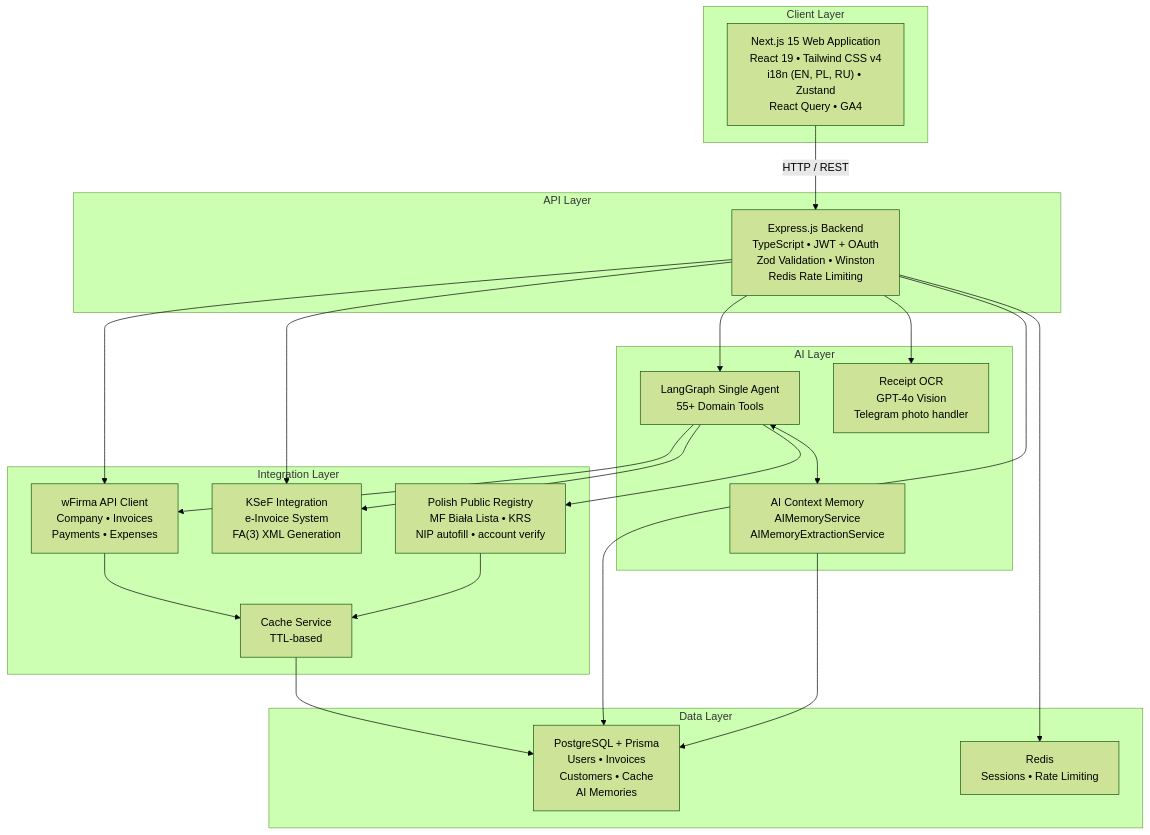
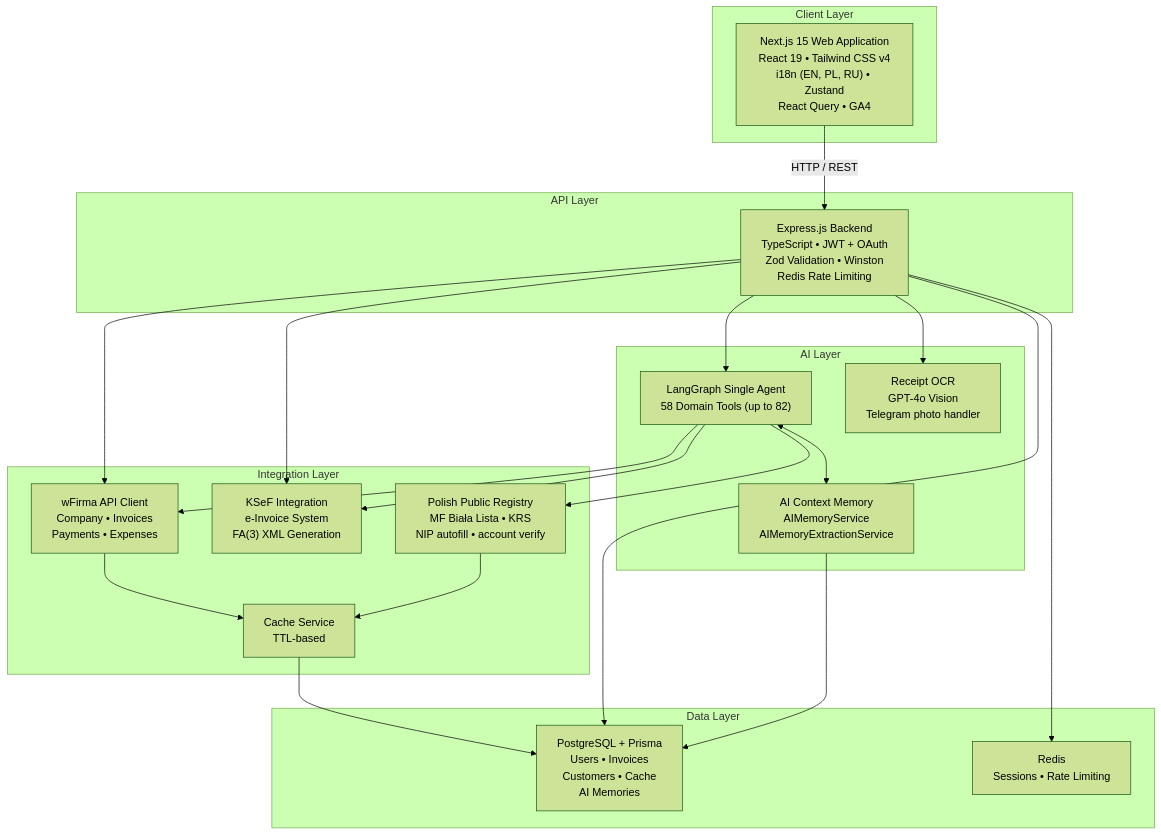
Before and after one commit to JealousyM/accounting-ai-agent: the first of 3 diagrams in docs/ARCHITECTURE.md, drawn with Mermaid (forest theme). The commit also changed other lines of this file and 8 other files, not shown here.

````diff
--- a/docs/ARCHITECTURE.md
+++ b/docs/ARCHITECTURE.md
@@ -7,44 +7,44 @@
 ```mermaid
 graph TD
     subgraph CLIENT["Client Layer"]
         WEB["Next.js 15 Web Application<br/>React 19 &bull; Tailwind CSS v4<br/>i18n (EN, PL, RU) &bull; Zustand<br/>React Query &bull; GA4"]
     end
 
     subgraph API["API Layer"]
         EXPRESS["Express.js Backend<br/>TypeScript &bull; JWT + OAuth<br/>Zod Validation &bull; Winston<br/>Redis Rate Limiting"]
     end
 
     subgraph AI["AI Layer"]
-        LANGGRAPH["LangGraph Single Agent<br/>55+ Domain Tools"]
+        LANGGRAPH["LangGraph Single Agent<br/>58 Domain Tools (up to 82)"]
         MEMORY["AI Context Memory<br/>AIMemoryService<br/>AIMemoryExtractionService"]
         OCR["Receipt OCR<br/>GPT-4o Vision<br/>Telegram photo handler"]
         LANGGRAPH <--> MEMORY
     end
 
     subgraph INTEGRATION["Integration Layer"]
         WFIRMA["wFirma API Client<br/>Company &bull; Invoices<br/>Payments &bull; Expenses"]
         KSEF["KSeF Integration<br/>e-Invoice System<br/>FA(3) XML Generation"]
         REGISTRY["Polish Public Registry<br/>MF Biała Lista &bull; KRS<br/>NIP autofill &bull; account verify"]
         CACHE["Cache Service<br/>TTL-based"]
     end
 
     subgraph DATA["Data Layer"]
         PG["PostgreSQL + Prisma<br/>Users &bull; Invoices<br/>Customers &bull; Cache<br/>AI Memories"]
         REDIS["Redis<br/>Sessions &bull; Rate Limiting"]
     end
 
     WEB -- "HTTP / REST" --> EXPRESS
     EXPRESS --> LANGGRAPH
     EXPRESS --> WFIRMA
     EXPRESS --> KSEF
     EXPRESS --> OCR
     LANGGRAPH --> WFIRMA
     LANGGRAPH --> KSEF
     LANGGRAPH --> REGISTRY
     WFIRMA --> CACHE
     REGISTRY --> CACHE
     CACHE --> PG
     EXPRESS --> PG
     EXPRESS --> REDIS
     MEMORY --> PG
 ```
````
